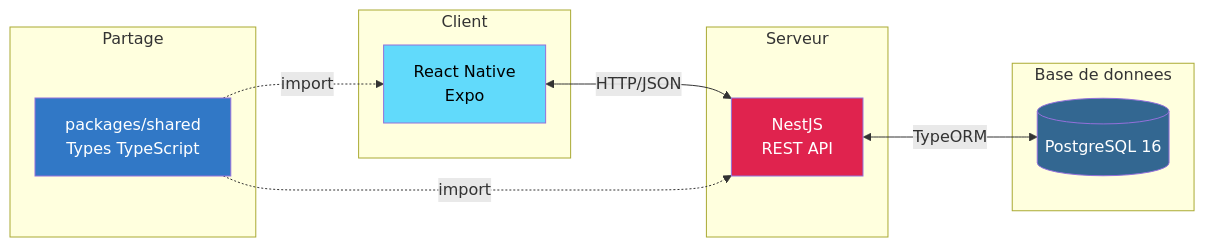
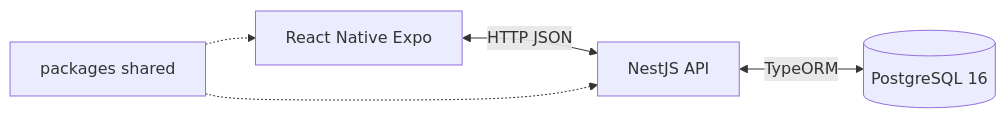
One commit to CitizenAlert/CitizenAlert changed the first of 9 diagrams in docs/DAL.md. Above: the diagram before and after it, drawn with Mermaid. The commit also changed other lines of this file and 13 other files, not shown here.

````diff
--- a/docs/DAL.md
+++ b/docs/DAL.md
@@ -43,28 +43,7 @@
 ```mermaid
 graph LR
-    subgraph "Client"
-        M[React Native<br/>Expo]
-    end
-
-    subgraph "Serveur"
-        API[NestJS<br/>REST API]
-    end
-
-    subgraph "Base de donnees"
-        DB[(PostgreSQL 16)]
-    end
-
-    subgraph "Partage"
-        S[packages/shared<br/>Types TypeScript]
-    end
-
-    M <-->|HTTP/JSON| API
-    API <-->|TypeORM| DB
-    S -.->|import| M
-    S -.->|import| API
-
-    style M fill:#61dafb,color:#000
-    style API fill:#e0234e,color:#fff
-    style DB fill:#336791,color:#fff
-    style S fill:#3178c6,color:#fff
+    M[React Native Expo] <-->|HTTP JSON| API[NestJS API]
+    API <-->|TypeORM| DB[(PostgreSQL 16)]
+    S[packages shared] -.-> M
+    S -.-> API
 ```
````
